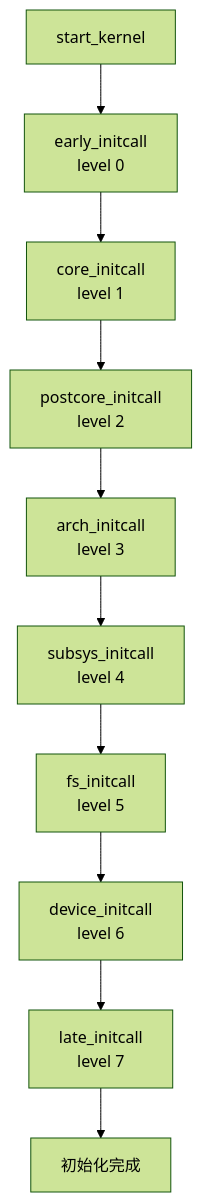
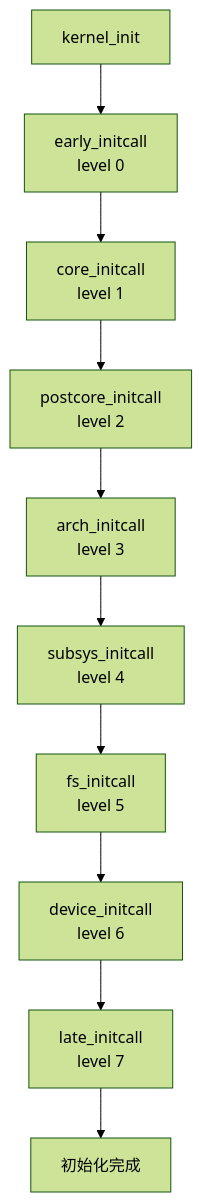
Before and after one commit to xiaohong0925/Embedded_Knowledge_System_V2026: the first of 2 diagrams in docs/02-核心机制深度解析/第7章 启动链深度解析/7.5.3_initcalls_八级初始化机制.md, drawn with Mermaid (forest theme). The commit also changed other lines of this file and 20 other files, not shown here.

````diff
--- a/docs/02-核心机制深度解析/第7章 启动链深度解析/7.5.3_initcalls_八级初始化机制.md
+++ b/docs/02-核心机制深度解析/第7章 启动链深度解析/7.5.3_initcalls_八级初始化机制.md
@@ -52,12 +24,12 @@
 ```mermaid
 flowchart TD
-    A[start_kernel] --> B[early_initcall<br/>level 0]
+    A[kernel_init] --> B[early_initcall<br/>level 0]
     B --> C[core_initcall<br/>level 1]
     C --> D[postcore_initcall<br/>level 2]
     D --> E[arch_initcall<br/>level 3]
     E --> F[subsys_initcall<br/>level 4]
     F --> G[fs_initcall<br/>level 5]
     G --> H[device_initcall<br/>level 6]
     H --> I[late_initcall<br/>level 7]
     I --> J[初始化完成]
 ```
````
